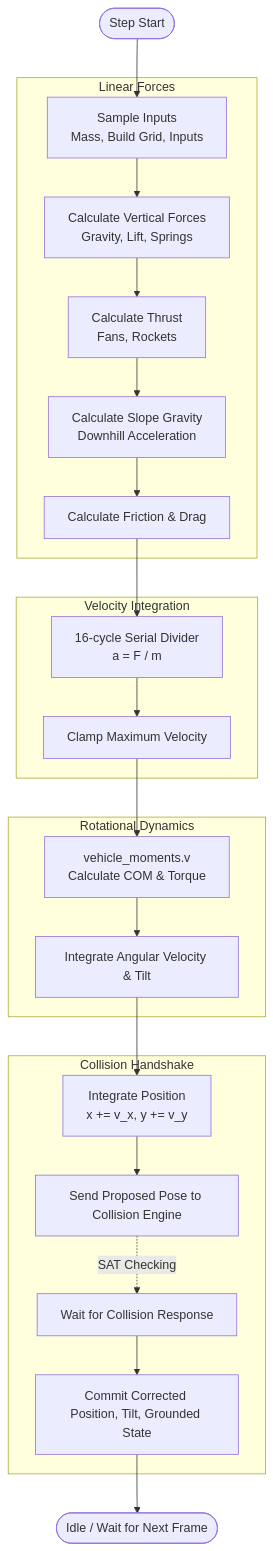
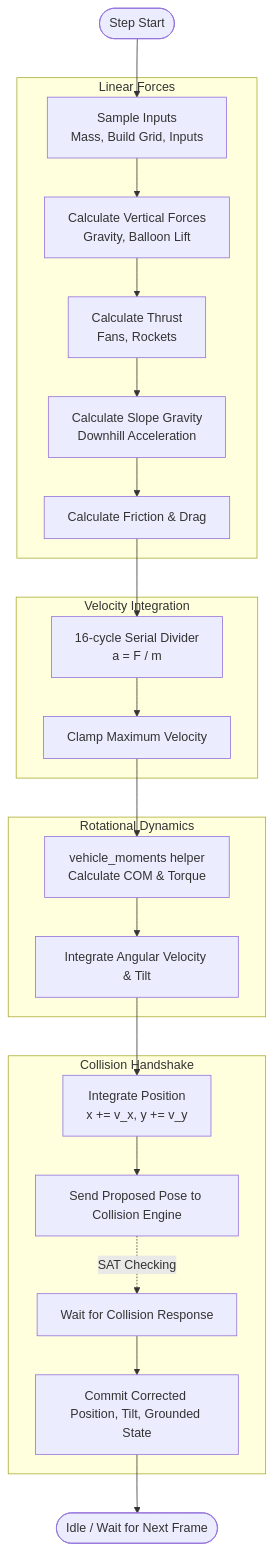
Before and after one commit to Kytersaurus/GPT6_S2_01_I-FDP_project: the first of 2 diagrams in docs/physics_architecture.md, drawn with Mermaid. The commit also changed other lines of this file and 16 other files, not shown here.

````diff
--- a/docs/physics_architecture.md
+++ b/docs/physics_architecture.md
@@ -11,30 +11,30 @@
 ```mermaid
 flowchart TD
     Start([Step Start]) --> Sample[Sample Inputs\nMass, Build Grid, Inputs]
     
     subgraph Linear Forces
-        Sample --> Vert[Calculate Vertical Forces\nGravity, Lift, Springs]
+        Sample --> Vert[Calculate Vertical Forces\nGravity, Balloon Lift]
         Vert --> Thrust[Calculate Thrust\nFans, Rockets]
         Thrust --> Slope[Calculate Slope Gravity\nDownhill Acceleration]
         Slope --> Friction[Calculate Friction & Drag]
     end
     
     subgraph Velocity Integration
         Friction --> Div1[16-cycle Serial Divider\na = F / m]
         Div1 --> Vel[Clamp Maximum Velocity]
     end
     
     subgraph Rotational Dynamics
-        Vel --> Moments[vehicle_moments.v\nCalculate COM & Torque]
+        Vel --> Moments[vehicle_moments helper\nCalculate COM & Torque]
         Moments --> Rot[Integrate Angular Velocity & Tilt]
     end
 
     subgraph Collision Handshake
         Rot --> Pos[Integrate Position\nx += v_x, y += v_y]
         Pos --> Send[Send Proposed Pose to Collision Engine]
         Send -. SAT Checking .-> Wait[Wait for Collision Response]
         Wait --> Commit[Commit Corrected Position, Tilt, Grounded State]
     end
     
     Commit --> End([Idle / Wait for Next Frame])
 ```
````
